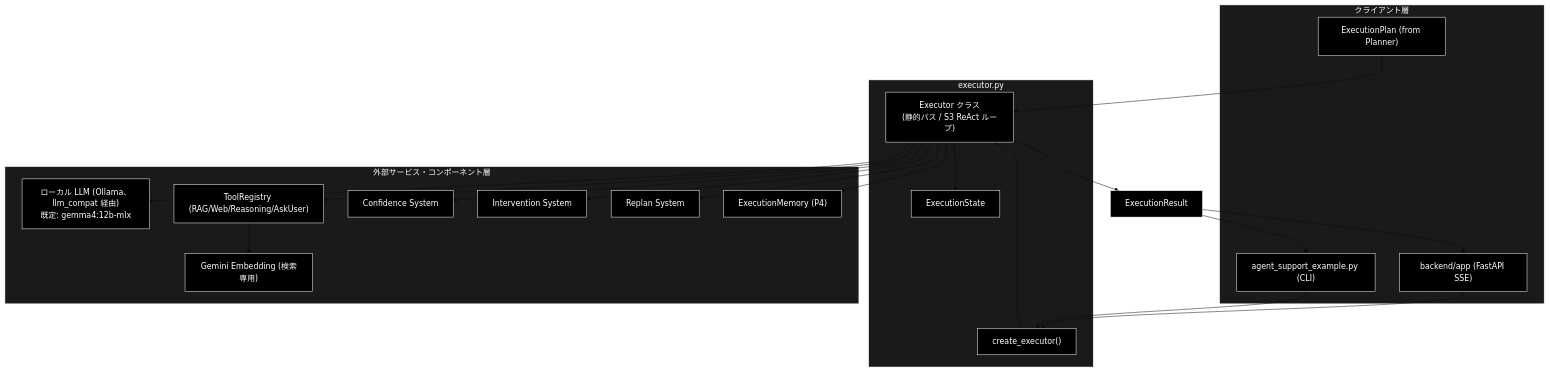
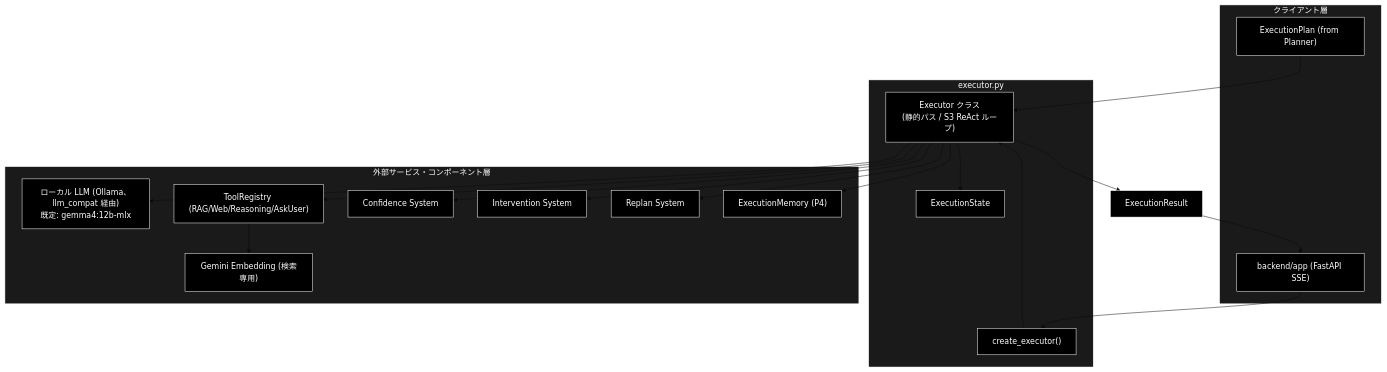
One commit to nakashima2toshio/grace_v2_local changed the first of 6 diagrams in grace/docs/executor.md. Above: the diagram before and after it, drawn with Mermaid (base theme). The commit also changed other lines of this file and 61 other files, not shown here.

````diff
--- a/grace/docs/executor.md
+++ b/grace/docs/executor.md
@@ -149,46 +149,43 @@
 ```mermaid
 flowchart TB
     subgraph CLIENT["クライアント層"]
         PLAN["ExecutionPlan (from Planner)"]
         WEBAPI["backend/app (FastAPI SSE)"]
-        CLI["agent_support_example.py (CLI)"]
     end
 
     subgraph MODULE["executor.py"]
         STATE["ExecutionState"]
         EXEC["Executor クラス<br>(静的パス / S3 ReAct ループ)"]
         FACTORY["create_executor()"]
     end
 
     subgraph EXTERNAL["外部サービス・コンポーネント層"]
         LLM["ローカル LLM (Ollama、llm_compat 経由)<br>既定: gemma4:12b-mlx"]
         EMB["Gemini Embedding (検索専用)"]
         TOOLS["ToolRegistry (RAG/Web/Reasoning/AskUser)"]
         CONF["Confidence System"]
         INTV["Intervention System"]
         REPLAN["Replan System"]
         MEM["ExecutionMemory (P4)"]
     end
 
     PLAN --> EXEC
     WEBAPI --> FACTORY
-    CLI --> FACTORY
     FACTORY --> EXEC
     EXEC --> STATE
     EXEC --> LLM
     TOOLS --> EMB
     EXEC --> TOOLS
     EXEC --> CONF
     EXEC --> INTV
     EXEC --> REPLAN
     EXEC --> MEM
     EXEC --> RESULT["ExecutionResult"]
     RESULT --> WEBAPI
-    RESULT --> CLI
 classDef default fill:#000,stroke:#fff,color:#fff
 classDef subgraphStyle fill:#1a1a1a,stroke:#fff,color:#fff
-class PLAN,WEBAPI,CLI,STATE,EXEC,FACTORY,LLM,EMB,TOOLS,CONF,INTV,REPLAN,MEM,RESULT default
+class PLAN,WEBAPI,STATE,EXEC,FACTORY,LLM,EMB,TOOLS,CONF,INTV,REPLAN,MEM,RESULT default
 style CLIENT fill:#1a1a1a,stroke:#fff,color:#fff
 style MODULE fill:#1a1a1a,stroke:#fff,color:#fff
 style EXTERNAL fill:#1a1a1a,stroke:#fff,color:#fff
 ```
````
